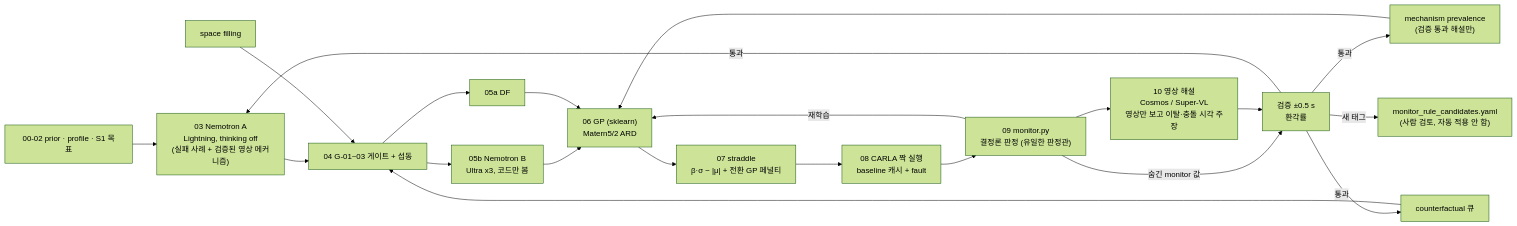
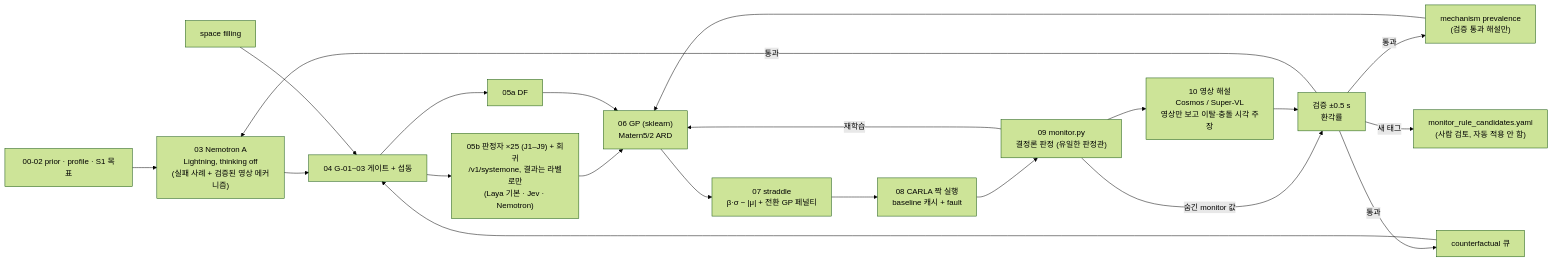
Before and after one commit to yoonju04/SIL_HACKATHON: the third of 3 diagrams in README.md, drawn with Mermaid (forest theme). The commit also changed other lines of this file and 22 other files, not shown here.

````diff
--- a/README.md
+++ b/README.md
@@ -296,23 +312,23 @@
 ```mermaid
 flowchart LR
     P["00-02 prior · profile · S1 목표"] --> A["03 Nemotron A<br/>Lightning, thinking off<br/>(실패 사례 + 검증된 영상 메커니즘)"]
     A --> G["04 G-01~03 게이트 + 섭동"]
     SF["space filling"] --> G
     CF["counterfactual 큐"] --> G
-    G --> B["05b Nemotron B<br/>Ultra x3, 코드만 봄"]
+    G --> B["05b 판정자 ×25 (J1–J9) + 회귀<br/>/v1/systemone, 결과는 라벨로만<br/>(Laya 기본 · Jev · Nemotron)"]
     G --> D["05a DF"]
     B --> GP["06 GP (sklearn)<br/>Matern5/2 ARD"]
     D --> GP
     M2["mechanism prevalence<br/>(검증 통과 해설만)"] --> GP
     GP --> O["07 straddle<br/>β·σ − |μ| + 전환 GP 페널티"]
     O --> C["08 CARLA 짝 실행<br/>baseline 캐시 + fault"]
     C --> MO["09 monitor.py<br/>결정론 판정 (유일한 판정관)"]
     MO --> V["10 영상 해설<br/>Cosmos / Super-VL<br/>영상만 보고 이탈·충돌 시각 주장"]
     MO -- "숨긴 monitor 값" --> VF["검증 ±0.5 s<br/>환각률"]
     V --> VF
     VF -- "통과" --> A
     VF -- "통과" --> M2
     VF -- "통과" --> CF
     VF -- "새 태그" --> R["monitor_rule_candidates.yaml<br/>(사람 검토, 자동 적용 안 함)"]
     MO -- "재학습" --> GP
 ```
````
